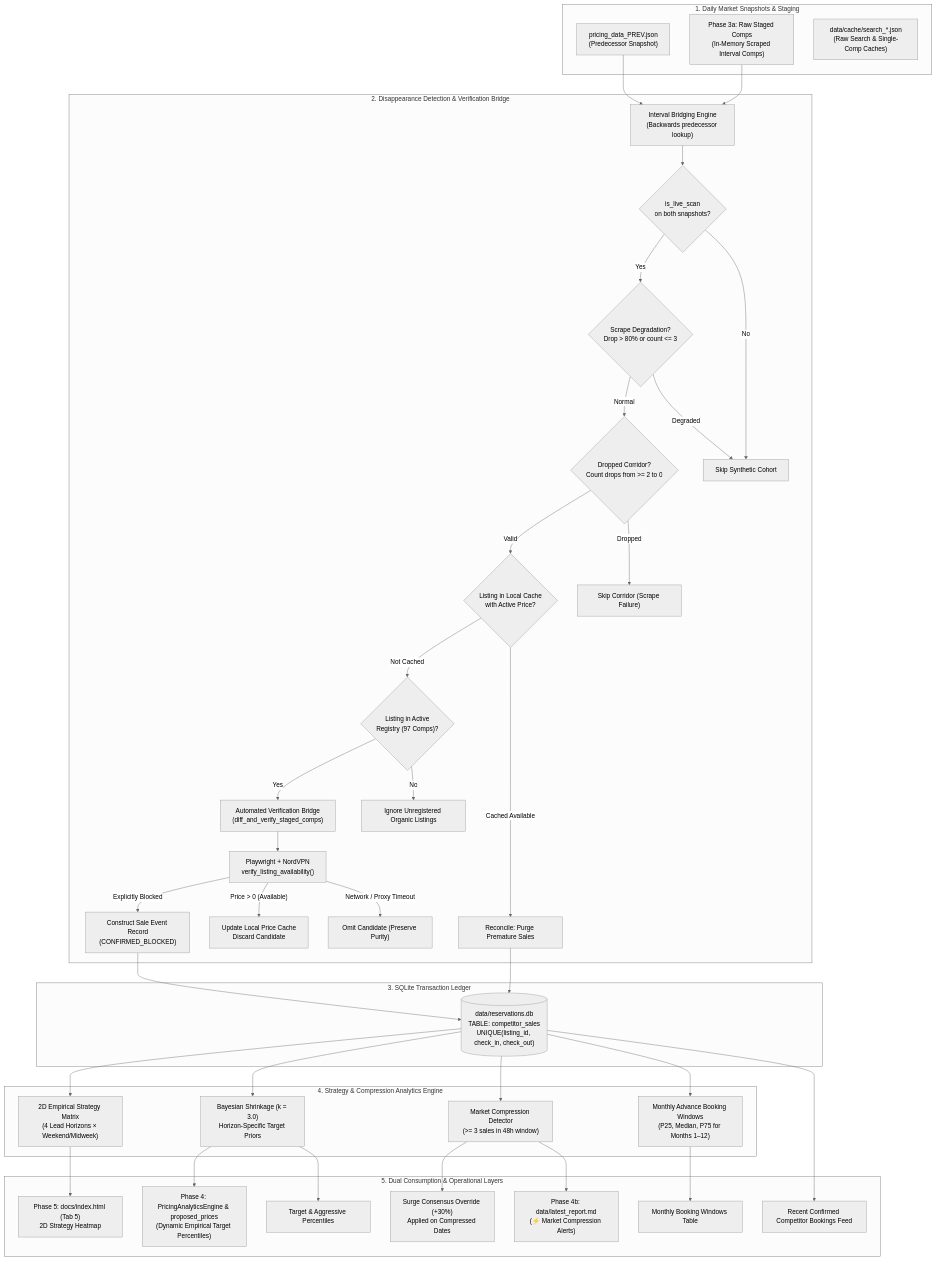
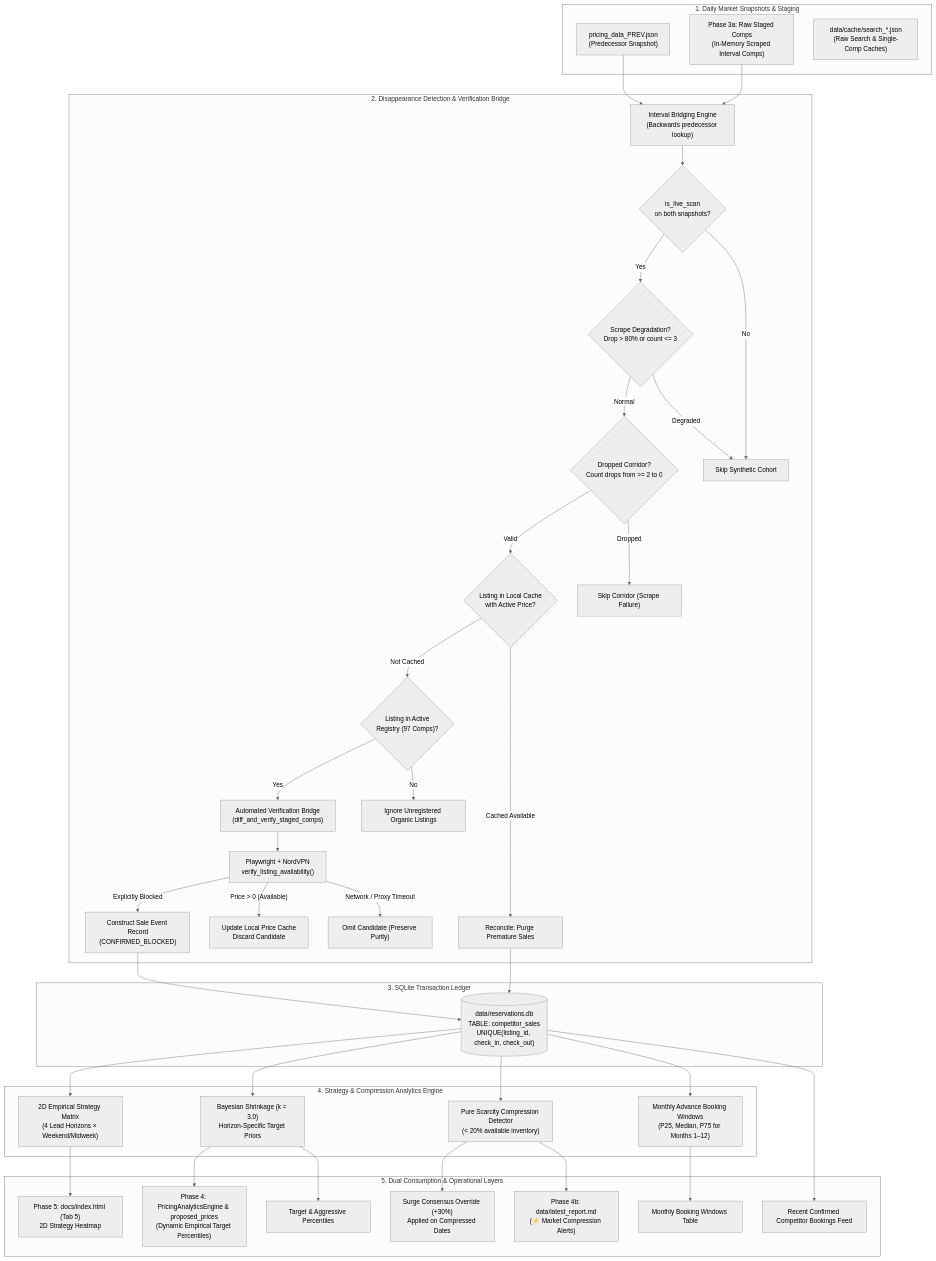
The first of 2 diagrams in docs/COMPETITOR_SALES_TRACKER_DESIGN.md (ivanpenkov/str-price-advisor), drawn with Mermaid (neutral theme) before and after one commit. The commit also changed other lines of this file and 12 other files, not shown here.

````diff
--- a/docs/COMPETITOR_SALES_TRACKER_DESIGN.md
+++ b/docs/COMPETITOR_SALES_TRACKER_DESIGN.md
@@ -34,62 +34,62 @@
 ```mermaid
 flowchart TD
     subgraph Ingestion ["1. Daily Market Snapshots & Staging"]
         S_prev["pricing_data_PREV.json<br/>(Predecessor Snapshot)"]
         RawStaged["Phase 3a: Raw Staged Comps<br/>(In-Memory Scraped Interval Comps)"]
         Cache["data/cache/search_*.json<br/>(Raw Search & Single-Comp Caches)"]
     end
 
     subgraph Diff_Pipeline ["2. Disappearance Detection & Verification Bridge"]
         Bridge["Interval Bridging Engine<br/>(Backwards predecessor lookup)"]
         LiveGuard{"is_live_scan<br/>on both snapshots?"}
         DegradeGuard{"Scrape Degradation?<br/>Drop > 80% or count <= 3"}
         CorridorGuard{"Dropped Corridor?<br/>Count drops from >= 2 to 0"}
         CacheCheck{"Listing in Local Cache<br/>with Active Price?"}
         RegistryFilter{"Listing in Active<br/>Registry (97 Comps)?"}
         ReconcilePurge["Reconcile: Purge Premature Sales"]
         VerifyQueue["Automated Verification Bridge<br/>(diff_and_verify_staged_comps)"]
         DirectPDP["Playwright + NordVPN<br/>verify_listing_availability()"]
         CommitSale["Construct Sale Event Record<br/>(CONFIRMED_BLOCKED)"]
         UpdateCache["Update Local Price Cache<br/>Discard Candidate"]
         
         S_prev --> Bridge
         RawStaged --> Bridge
         Bridge --> LiveGuard
         LiveGuard -- Yes --> DegradeGuard
         LiveGuard -- No --> SkipInterval["Skip Synthetic Cohort"]
         DegradeGuard -- Normal --> CorridorGuard
         DegradeGuard -- Degraded --> SkipInterval
         CorridorGuard -- Valid --> CacheCheck
         CorridorGuard -- Dropped --> SkipCorridor["Skip Corridor (Scrape Failure)"]
         CacheCheck -- Not Cached --> RegistryFilter
         CacheCheck -- Cached Available --> ReconcilePurge
         RegistryFilter -- Yes --> VerifyQueue
         RegistryFilter -- No --> IgnoreOrganic["Ignore Unregistered Organic Listings"]
         VerifyQueue --> DirectPDP
         DirectPDP -- Explicitly Blocked --> CommitSale
         DirectPDP -- Price > 0 (Available) --> UpdateCache
         DirectPDP -- Network / Proxy Timeout --> OmitUnverified["Omit Candidate (Preserve Purity)"]
     end
 
     subgraph Persistence ["3. SQLite Transaction Ledger"]
         CommitSale --> SQL[("data/reservations.db<br/>TABLE: competitor_sales<br/>UNIQUE(listing_id, check_in, check_out)")]
         ReconcilePurge --> SQL
     end
 
     subgraph Analytics ["4. Strategy & Compression Analytics Engine"]
         SQL --> GridEngine["2D Empirical Strategy Matrix<br/>(4 Lead Horizons × Weekend/Midweek)"]
         SQL --> BayesEngine["Bayesian Shrinkage (k = 3.0)<br/>Horizon-Specific Target Priors"]
-        SQL --> SurgeEngine["Market Compression Detector<br/>(>= 3 sales in 48h window)"]
+        SQL --> SurgeEngine["Pure Scarcity Compression Detector<br/>(&lt; 20% available inventory)"]
         SQL --> WindowsEngine["Monthly Advance Booking Windows<br/>(P25, Median, P75 for Months 1–12)"]
     end
 
     subgraph Consumption ["5. Dual Consumption & Operational Layers"]
         BayesEngine --> DynamicPricing["Phase 4: PricingAnalyticsEngine & proposed_prices<br/>(Dynamic Empirical Target Percentiles)"]
         SurgeEngine --> SurgePricing["Surge Consensus Override (+30%)<br/>Applied on Compressed Dates"]
         SurgeEngine --> MarkdownReport["Phase 4b: data/latest_report.md<br/>(⚡ Market Compression Alerts)"]
         GridEngine --> UI_Grid["Phase 5: docs/index.html (Tab 5)<br/>2D Strategy Heatmap"]
         BayesEngine --> UI_Recs["Target & Aggressive Percentiles"]
         WindowsEngine --> UI_Windows["Monthly Booking Windows Table"]
         SQL --> UI_Feed["Recent Confirmed Competitor Bookings Feed"]
     end
 ```
````
